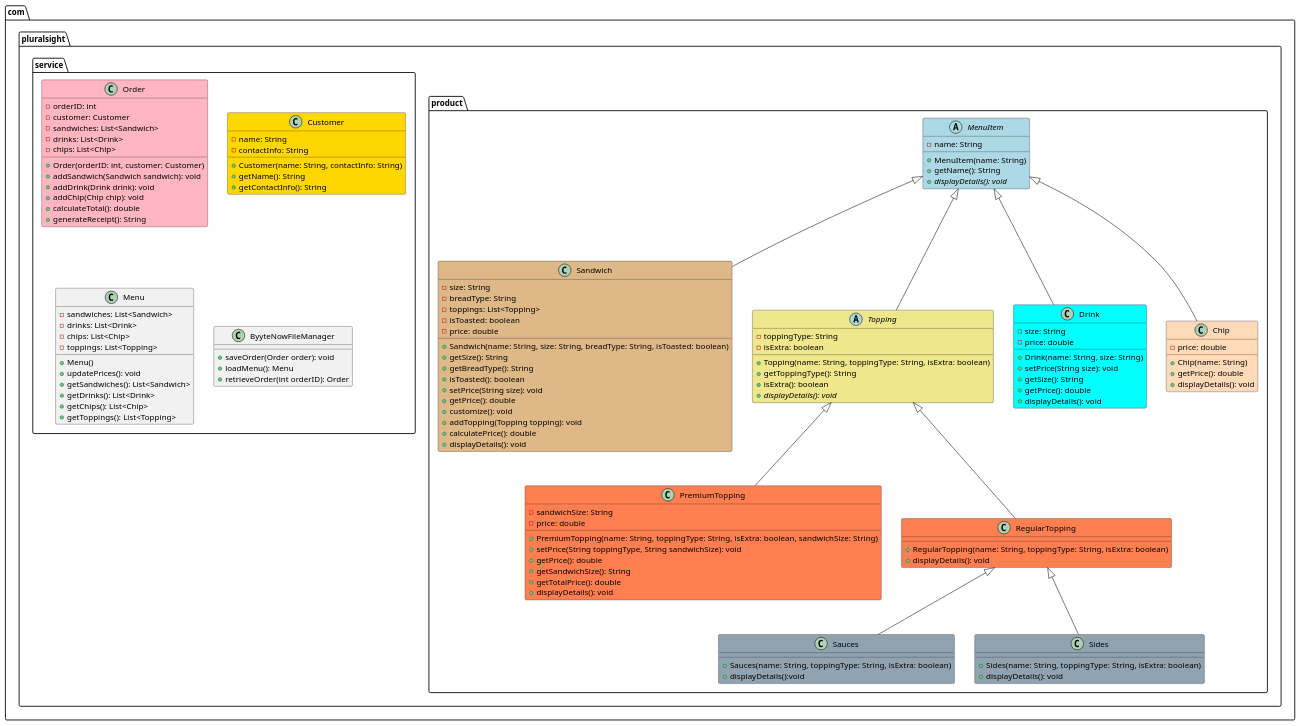
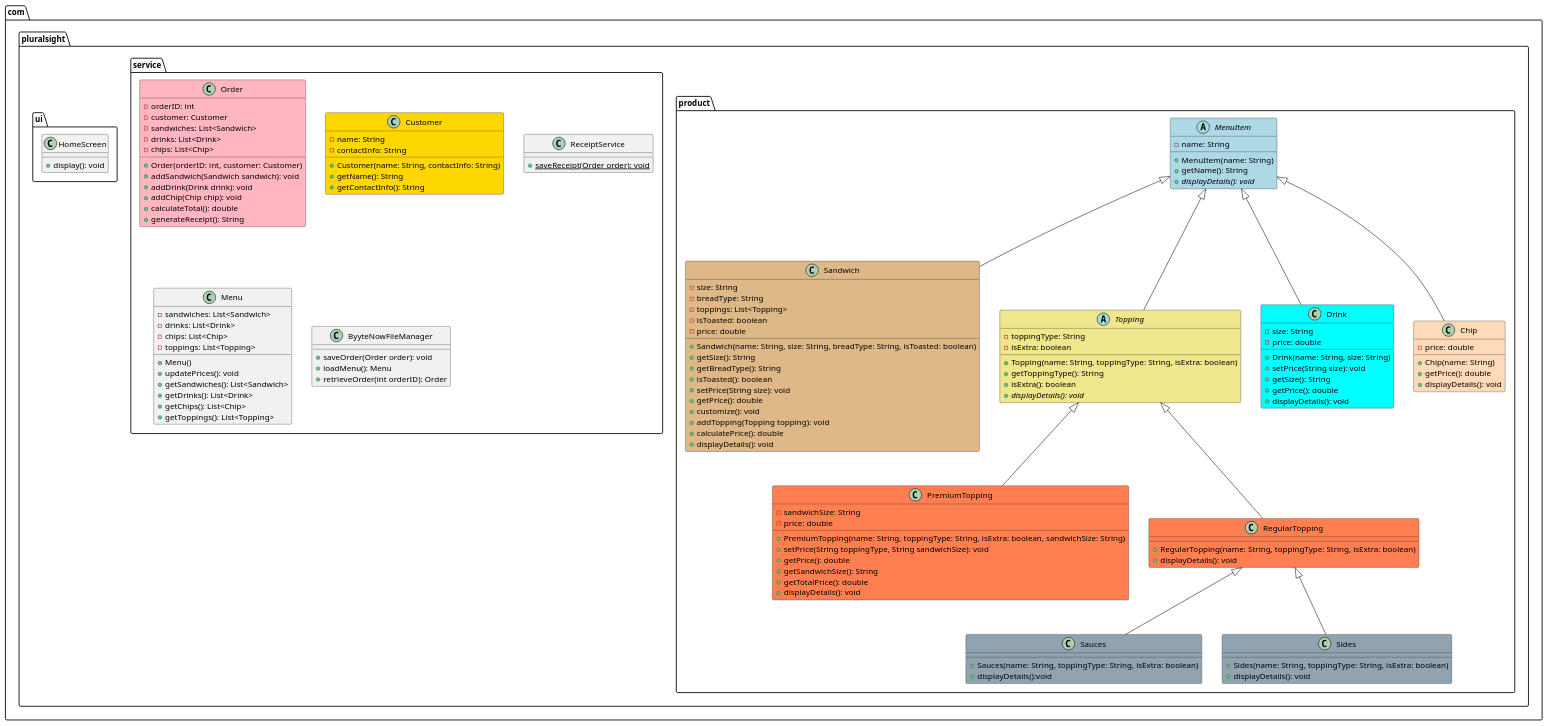
Before and after one commit to Ptunda/byyte-now: the diagram in src/main/java/com/pluralsight/byyte-now.puml, drawn with PlantUML. The commit also changed 1 other file, not shown here.

Commit message:
Created ui package and added HomeScreen class to handle HomeScreen logic

```diff
--- a/src/main/java/com/pluralsight/byyte-now.puml
+++ b/src/main/java/com/pluralsight/byyte-now.puml
@@ -1,148 +1,167 @@
 @startuml
 package com.pluralsight{
 
 package com.pluralsight.product{
 
 abstract class MenuItem #lightblue{
 -name: String
 
 +MenuItem(name: String)
 +getName(): String
 +{abstract} displayDetails(): void
 
 }
 
 class Sandwich #DEB887 extends MenuItem{
 -size: String
 -breadType: String
 -toppings: List<Topping>
 -isToasted: boolean
 -price: double
 
 +Sandwich(name: String, size: String, breadType: String, isToasted: boolean)
 +getSize(): String
 +getBreadType(): String
 +isToasted(): boolean
 +setPrice(String size): void
 +getPrice(): double
 +customize(): void
 +addTopping(Topping topping): void
 +calculatePrice(): double
 +displayDetails(): void
 }
 
 abstract class Topping #F0E68C extends MenuItem {
 -toppingType: String
 -isExtra: boolean
 +Topping(name: String, toppingType: String, isExtra: boolean)
 +getToppingType(): String
 +isExtra(): boolean
 +{abstract} displayDetails(): void
 }
 
 class Drink #00FFFF extends MenuItem {
 -size: String
 -price: double
 
 +Drink(name: String, size: String)
 +setPrice(String size): void
 +getSize(): String
 +getPrice(): double
 +displayDetails(): void
 }
 
 class Chip #FFDAB9 extends MenuItem {
 -price: double
 
 +Chip(name: String)
 +getPrice(): double
 +displayDetails(): void
 }
 
 
 class PremiumTopping #FF7F50 extends Topping {
 -sandwichSize: String
 -price: double
 +PremiumTopping(name: String, toppingType: String, isExtra: boolean, sandwichSize: String)
 +setPrice(String toppingType, String sandwichSize): void
 +getPrice(): double
 +getSandwichSize(): String
 +getTotalPrice(): double
 +displayDetails(): void
 }
 
 class RegularTopping #FF7F50 extends Topping {
 +RegularTopping(name: String, toppingType: String, isExtra: boolean)
 +displayDetails(): void
 }
 
 class Sauces #91A3B0 extends RegularTopping{
 
 +Sauces(name: String, toppingType: String, isExtra: boolean)
 +displayDetails():void
 
 }
 
 class Sides #91A3B0 extends RegularTopping{
 
 +Sides(name: String, toppingType: String, isExtra: boolean)
 +displayDetails(): void
 }
 
 
 }
 
 package com.pluralsight.service{
 
 class Order #FFB6C1 {
 -orderID: int
 -customer: Customer
 -sandwiches: List<Sandwich>
 -drinks: List<Drink>
 -chips: List<Chip>
 
 +Order(orderID: int, customer: Customer)
 +addSandwich(Sandwich sandwich): void
 +addDrink(Drink drink): void
 +addChip(Chip chip): void
 +calculateTotal(): double
 +generateReceipt(): String
 }
 
 class Customer #FFD700{
 -name: String
 -contactInfo: String
 
 +Customer(name: String, contactInfo: String)
 +getName(): String
 +getContactInfo(): String
 }
 
+class ReceiptService{
+
++{static}saveReceipt(Order order): void
+
+}
+
 class Menu {
 -sandwiches: List<Sandwich>
 -drinks: List<Drink>
 -chips: List<Chip>
 -toppings: List<Topping>
 
 + Menu()
 +updatePrices(): void
 +getSandwiches(): List<Sandwich>
 +getDrinks(): List<Drink>
 +getChips(): List<Chip>
 +getToppings(): List<Topping>
 
 }
 
 class ByyteNowFileManager {
 +saveOrder(Order order): void
 +loadMenu(): Menu
 +retrieveOrder(int orderID): Order
 }
 
 
 }
 
+package com.pluralsight.ui{
+
+
+class HomeScreen {
+
++display(): void
+
+}
+
+
+}
+
+
 }
 
 
 @enduml
```
